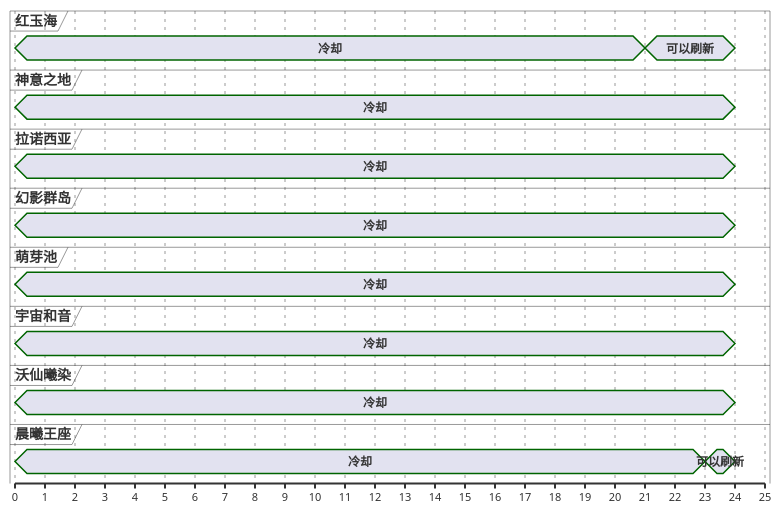
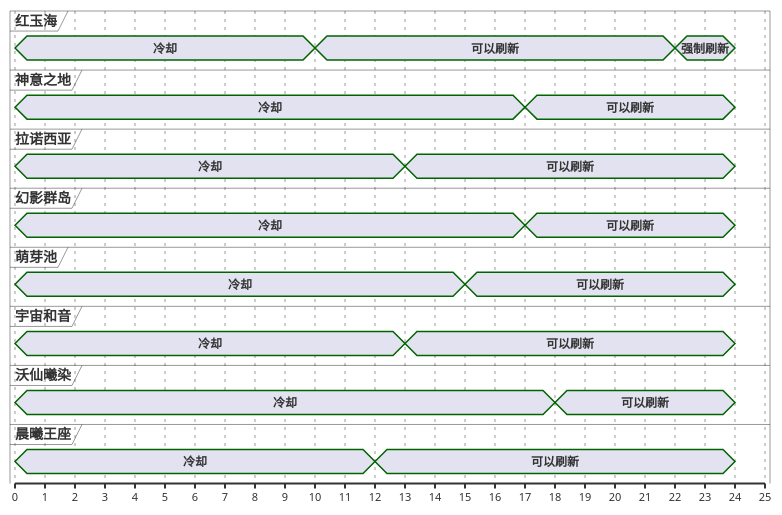
Before and after one commit to Eroleice/doc-pi: the first of 13 diagrams in ffxiv/hunt/2.0/Wulgaru.md, drawn with PlantUML. The commit also changed other lines of this file and 38 other files, not shown here.

````diff
--- a/ffxiv/hunt/2.0/Wulgaru.md
+++ b/ffxiv/hunt/2.0/Wulgaru.md
@@ -33,49 +33,56 @@
 ```plantuml
 @startuml
 scale 1 as 30 pixels
 
 concise 红玉海
 concise 神意之地
 concise 拉诺西亚
 concise 幻影群岛
 concise 萌芽池
 concise 宇宙和音
 concise 沃仙曦染
 concise 晨曦王座
 
 @红玉海
 0 is 冷却
-21 is 可以刷新
+10 is 可以刷新
+22 is 强制刷新
 24 is {hidden}
 
 @晨曦王座
 0 is 冷却
-23 is 可以刷新
+12 is 可以刷新
 24 is {hidden}
 
 @神意之地
 0 is 冷却
+17 is 可以刷新
 24 is {hidden}
 
 @拉诺西亚
 0 is 冷却
+13 is 可以刷新
 24 is {hidden}
 
 @宇宙和音
 0 is 冷却
+13 is 可以刷新
 24 is {hidden}
 
 @萌芽池
 0 is 冷却
+15 is 可以刷新
 24 is {hidden}
 
 @幻影群岛
 0 is 冷却
+17 is 可以刷新
 24 is {hidden}
 
 @沃仙曦染
 0 is 冷却
+18 is 可以刷新
 24 is {hidden}
 
 @enduml
 ```
````
